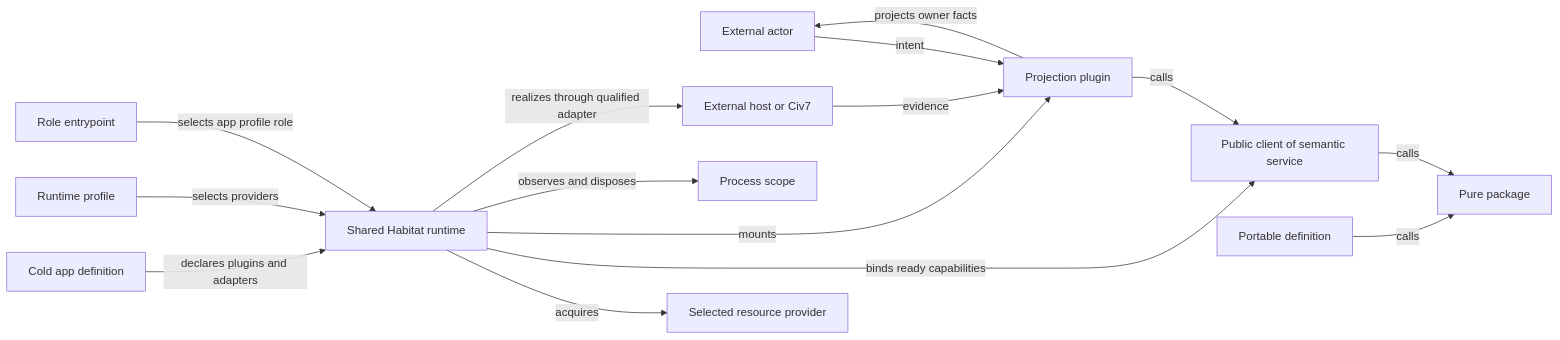
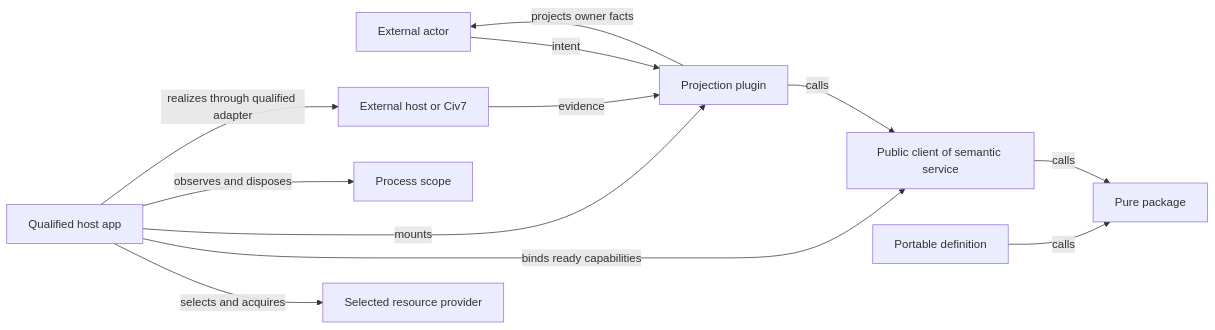
One commit to mateicanavra/civ7-modding-tools changed the diagram in docs/projects/civ7-capability-realization/SYSTEM-MODEL.md. Above: the diagram before and after it, drawn with Mermaid. The commit also changed other lines of this file and 8 other files, not shown here.

````diff
--- a/docs/projects/civ7-capability-realization/SYSTEM-MODEL.md
+++ b/docs/projects/civ7-capability-realization/SYSTEM-MODEL.md
@@ -104,19 +100,16 @@
 ```mermaid
 flowchart LR
   X[External actor] -->|intent| P[Projection plugin]
   G[External host or Civ7] -->|evidence| P
   P -->|calls| S[Public client of semantic service]
   S -->|calls| K[Pure package]
 
-  A[Cold app definition] -->|declares plugins and adapters| H[Shared Habitat runtime]
-  F[Runtime profile] -->|selects providers| H
-  E[Role entrypoint] -->|selects app profile role| H
-  H -->|acquires| R[Selected resource provider]
-  H -->|binds ready capabilities| S
-  H -->|mounts| P
-  H -->|observes and disposes| L[Process scope]
+  A[Qualified host app] -->|selects and acquires| R[Selected resource provider]
+  A -->|binds ready capabilities| S
+  A -->|mounts| P
+  A -->|observes and disposes| L[Process scope]
 
   D[Portable definition] -->|calls| K
-  H -->|realizes through qualified adapter| G
+  A -->|realizes through qualified adapter| G
   P -->|projects owner facts| X
 ```
````
